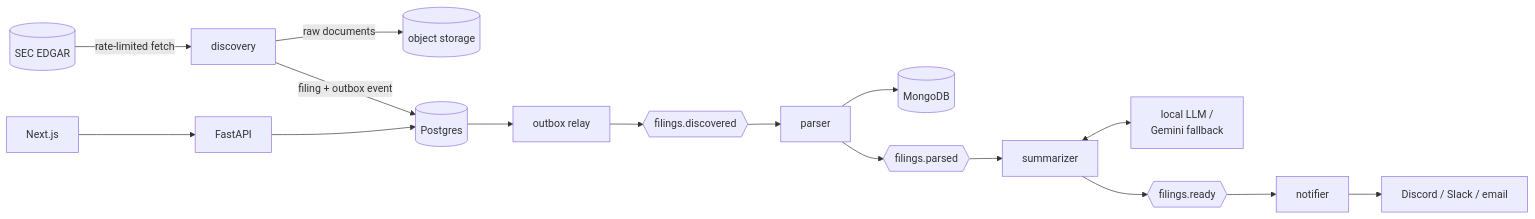
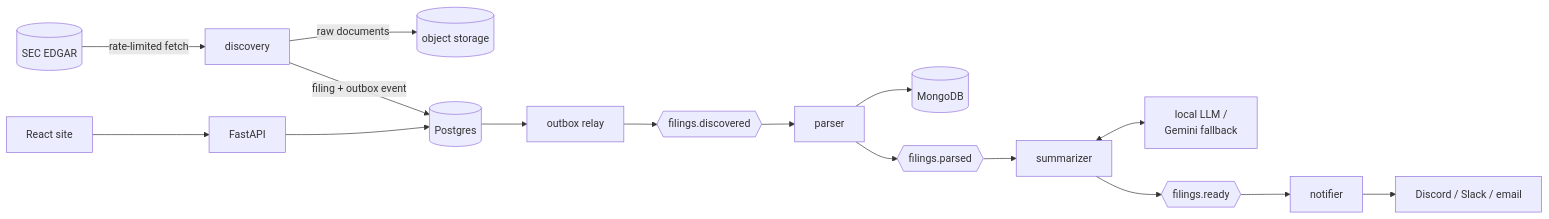
The diagram in README.md (asood8/SEC-filings-pipeline), drawn with Mermaid before and after one commit. The commit also changed other lines of this file and 96 other files, not shown here.

````diff
--- a/README.md
+++ b/README.md
@@ -63,18 +63,18 @@
 ```mermaid
 flowchart LR
   SEC[(SEC EDGAR)] -->|rate-limited fetch| D[discovery]
   D -->|raw documents| R2[(object storage)]
   D -->|filing + outbox event| PG[(Postgres)]
   PG --> OR[outbox relay]
   OR --> T1{{filings.discovered}}
   T1 --> P[parser]
   P --> M[(MongoDB)]
   P --> T2{{filings.parsed}}
   T2 --> S[summarizer]
   S <--> LLM[local LLM /<br/>Gemini fallback]
   S --> T3{{filings.ready}}
   T3 --> N[notifier]
   N --> CH[Discord / Slack / email]
-  WEB[Next.js] --> API[FastAPI]
+  WEB[React site] --> API[FastAPI]
   API --> PG
 ```
````
